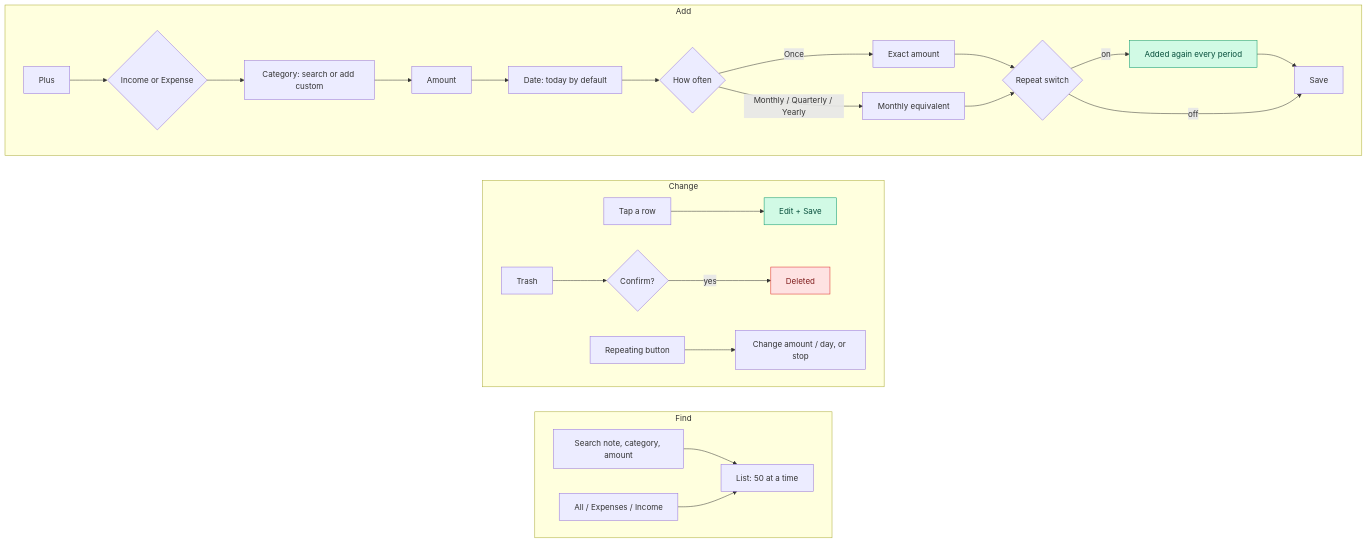
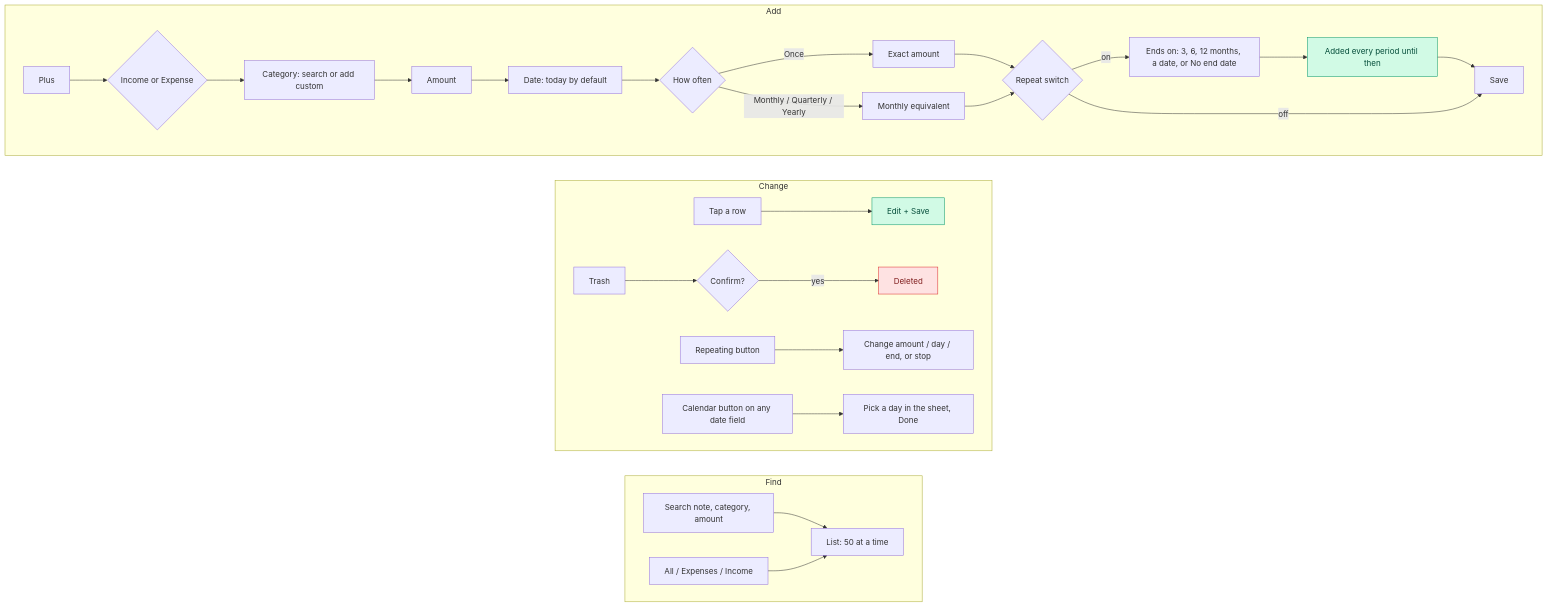
One commit to rangnenwars/myBudgetApp changed diagram 11 of 26 in docs/USER_WORKFLOWS.md. Above: the diagram before and after it, drawn with Mermaid. The commit also changed other lines of this file and 73 other files, not shown here.

````diff
--- a/docs/USER_WORKFLOWS.md
+++ b/docs/USER_WORKFLOWS.md
@@ -250,30 +250,31 @@
 ```mermaid
 flowchart TB
   subgraph ADD["Add"]
     direction LR
     a1["Plus"] --> a2{"Income or Expense"} --> a3["Category: search or add custom"] --> a4["Amount"] --> a5["Date: today by default"] --> a6{"How often"}
     a6 -->|Once| a8["Exact amount"]
     a6 -->|"Monthly / Quarterly / Yearly"| a7["Monthly equivalent"]
     a8 --> a9{"Repeat switch"}
     a7 --> a9
-    a9 -->|on| a10["Added again every period"]:::ok --> a11["Save"]
+    a9 -->|on| a12["Ends on: 3, 6, 12 months, a date, or No end date"] --> a10["Added every period until then"]:::ok --> a11["Save"]
     a9 -->|off| a11
   end
   subgraph CHANGE["Change"]
     direction LR
     b1["Tap a row"] --> b2["Edit + Save"]:::ok
     b3["Trash"] --> b4{"Confirm?"} -->|yes| b5["Deleted"]:::bad
-    b6["Repeating button"] --> b7["Change amount / day, or stop"]
+    b6["Repeating button"] --> b7["Change amount / day / end, or stop"]
+    b8["Calendar button on any date field"] --> b9["Pick a day in the sheet, Done"]
   end
   subgraph FIND["Find"]
     direction LR
     c1["Search note, category, amount"] --> c3["List: 50 at a time"]
     c2["All / Expenses / Income"] --> c3
   end
   ADD ~~~ CHANGE ~~~ FIND
   classDef entry fill:#dbeafe,stroke:#2563eb,color:#1e3a8a
   classDef ok fill:#d1fae5,stroke:#059669,color:#064e3b
   classDef bad fill:#fee2e2,stroke:#dc2626,color:#7f1d1d
   classDef pro fill:#ede9fe,stroke:#7c3aed,color:#4c1d95
   classDef warn fill:#fef3c7,stroke:#d97706,color:#78350f
 ```
````
